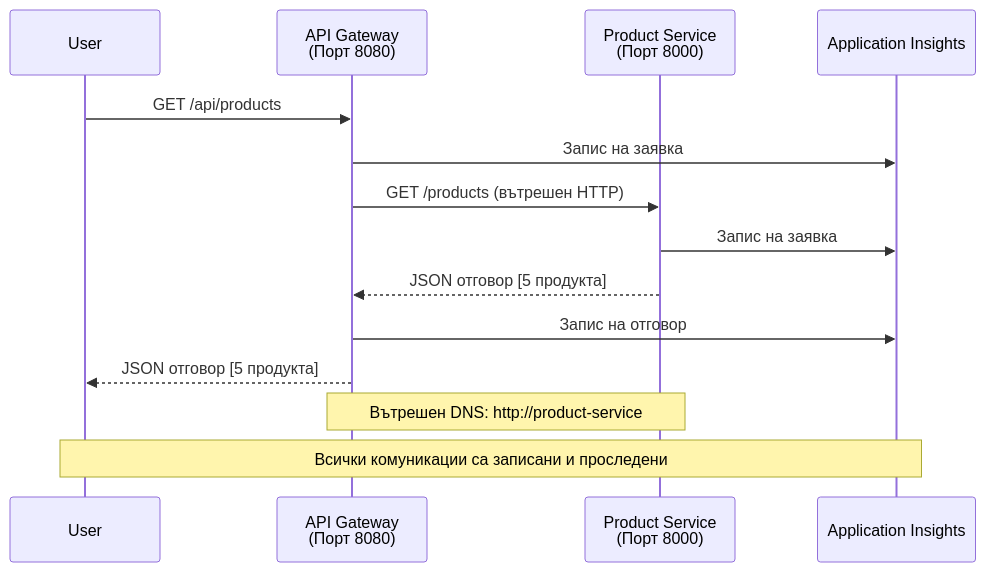
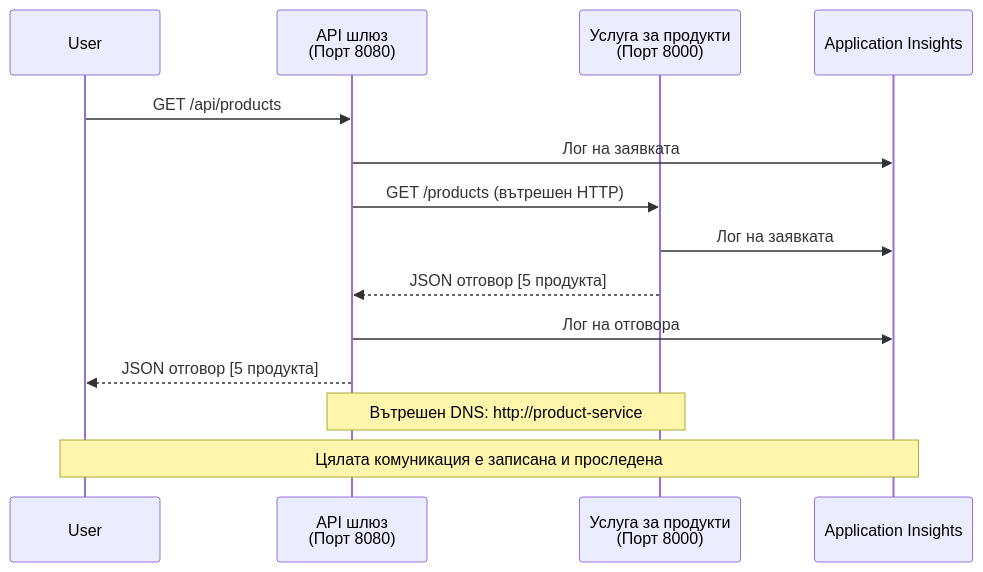
Before and after one commit to microsoft/AZD-for-beginners: the fourth of 4 diagrams in translations/bg/examples/microservices/README.md, drawn with Mermaid. The commit also changed other lines of this file and 242 other files, not shown here.

````diff
--- a/translations/bg/examples/microservices/README.md
+++ b/translations/bg/examples/microservices/README.md
@@ -432,18 +423,18 @@
 ```mermaid
 sequenceDiagram
     participant User
-    participant Gateway as API Gateway<br/>(Порт 8080)
-    participant Product as Product Service<br/>(Порт 8000)
+    participant Gateway as API шлюз<br/>(Порт 8080)
+    participant Product as Услуга за продукти<br/>(Порт 8000)
     participant AI as Application Insights
     
     User->>Gateway: GET /api/products
-    Gateway->>AI: Запис на заявка
+    Gateway->>AI: Лог на заявката
     Gateway->>Product: GET /products (вътрешен HTTP)
-    Product->>AI: Запис на заявка
+    Product->>AI: Лог на заявката
     Product-->>Gateway: JSON отговор [5 продукта]
-    Gateway->>AI: Запис на отговор
+    Gateway->>AI: Лог на отговора
     Gateway-->>User: JSON отговор [5 продукта]
     
     Note over Gateway,Product: Вътрешен DNS: http://product-service
-    Note over User,AI: Всички комуникации са записани и проследени
+    Note over User,AI: Цялата комуникация е записана и проследена
 ```
````
